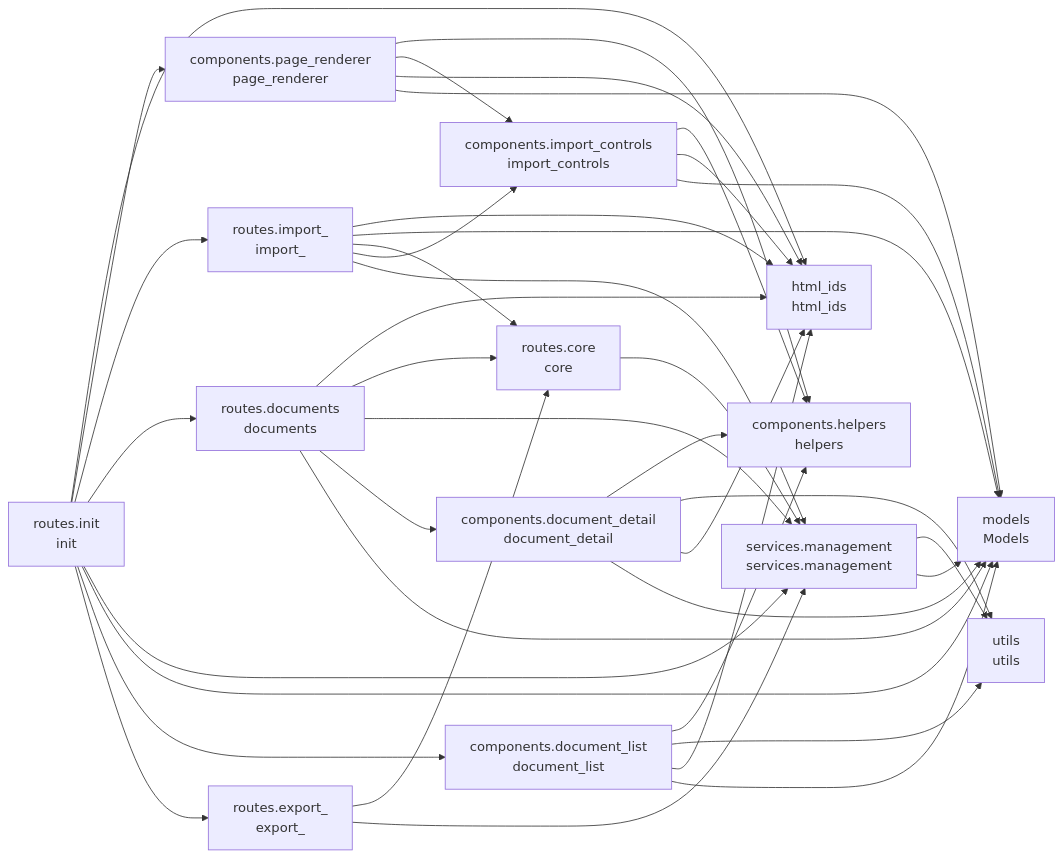
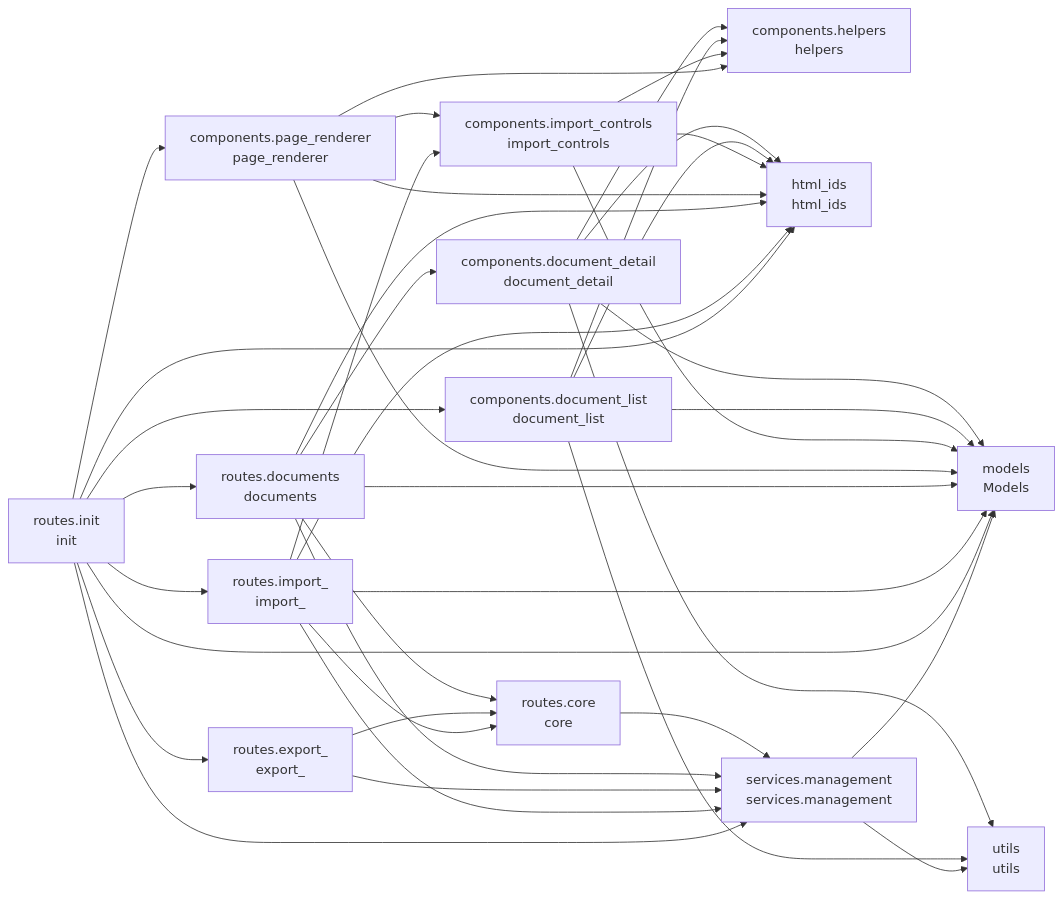
Before and after one commit to cj-mills/cjm-transcript-workflow-management: the diagram in README.md, drawn with Mermaid. The commit also changed other lines of this file and 6 other files, not shown here.

````diff
--- a/README.md
+++ b/README.md
@@ -37,56 +37,56 @@
 ``` mermaid
 graph LR
     components_document_detail[components.document_detail<br/>document_detail]
     components_document_list[components.document_list<br/>document_list]
     components_helpers[components.helpers<br/>helpers]
     components_import_controls[components.import_controls<br/>import_controls]
     components_page_renderer[components.page_renderer<br/>page_renderer]
     html_ids[html_ids<br/>html_ids]
     models[models<br/>Models]
     routes_core[routes.core<br/>core]
     routes_documents[routes.documents<br/>documents]
     routes_export_[routes.export_<br/>export_]
     routes_import_[routes.import_<br/>import_]
     routes_init[routes.init<br/>init]
     services_management[services.management<br/>services.management]
     utils[utils<br/>utils]
 
     components_document_detail --> components_helpers
-    components_document_detail --> utils
     components_document_detail --> html_ids
     components_document_detail --> models
+    components_document_detail --> utils
     components_document_list --> components_helpers
+    components_document_list --> html_ids
     components_document_list --> utils
-    components_document_list --> html_ids
     components_document_list --> models
+    components_import_controls --> html_ids
     components_import_controls --> components_helpers
-    components_import_controls --> html_ids
     components_import_controls --> models
+    components_page_renderer --> html_ids
     components_page_renderer --> components_helpers
     components_page_renderer --> components_import_controls
-    components_page_renderer --> html_ids
     components_page_renderer --> models
     routes_core --> services_management
+    routes_documents --> services_management
+    routes_documents --> components_document_detail
     routes_documents --> html_ids
     routes_documents --> routes_core
-    routes_documents --> services_management
-    routes_documents --> components_document_detail
     routes_documents --> models
+    routes_export_ --> services_management
     routes_export_ --> routes_core
-    routes_export_ --> services_management
+    routes_import_ --> services_management
+    routes_import_ --> models
     routes_import_ --> html_ids
-    routes_import_ --> models
     routes_import_ --> routes_core
     routes_import_ --> components_import_controls
-    routes_import_ --> services_management
+    routes_init --> services_management
+    routes_init --> components_document_list
+    routes_init --> models
     routes_init --> html_ids
+    routes_init --> routes_documents
+    routes_init --> routes_import_
     routes_init --> components_page_renderer
-    routes_init --> routes_import_
-    routes_init --> routes_documents
-    routes_init --> services_management
-    routes_init --> models
-    routes_init --> components_document_list
     routes_init --> routes_export_
+    services_management --> models
     services_management --> utils
-    services_management --> models
 ```
````
